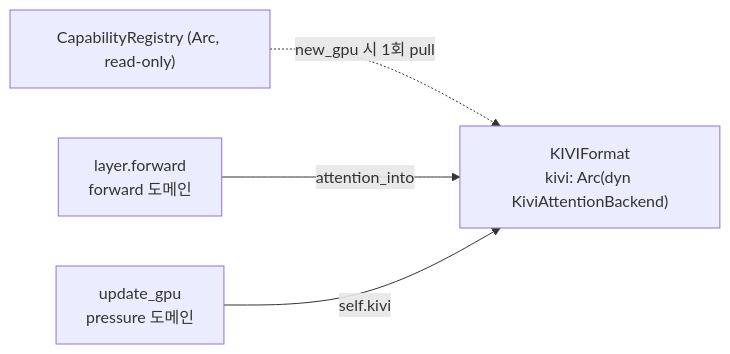
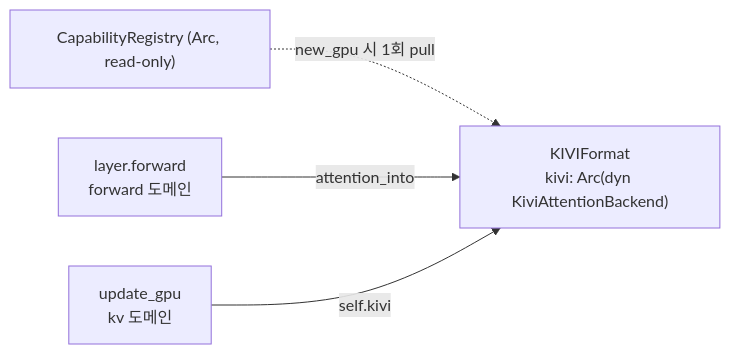
Before and after one commit to hedone21/llm_rs2: the third of 4 diagrams in arch/pipeline_stage_design_v2.md, drawn with Mermaid. The commit also changed other lines of this file, not shown here.

First line of the commit message:
docs(arch): pressure/ 해체 → kv/ + weight/ 도메인 rename (G3-reconcile §2.1)

````diff
--- a/arch/pipeline_stage_design_v2.md
+++ b/arch/pipeline_stage_design_v2.md
@@ -410,11 +412,11 @@
 ```mermaid
 flowchart LR
     caps["CapabilityRegistry (Arc, read-only)"]
     kvf["KIVIFormat<br/>kivi: Arc(dyn KiviAttentionBackend)"]
     layer["layer.forward<br/>forward 도메인"]
-    upd["update_gpu<br/>pressure 도메인"]
+    upd["update_gpu<br/>kv 도메인"]
 
     caps -.->|new_gpu 시 1회 pull| kvf
     layer -->|attention_into| kvf
     upd -->|self.kivi| kvf
 ```
````
